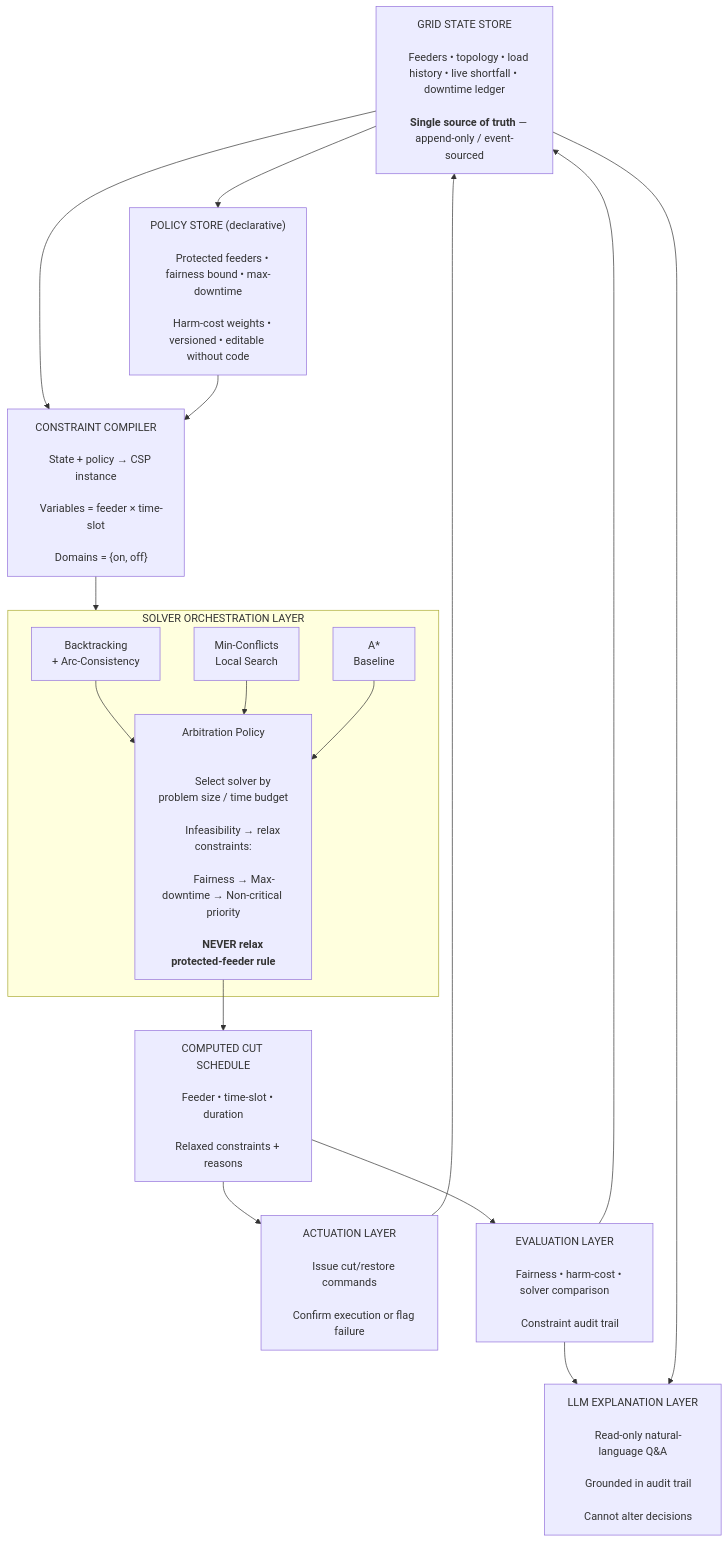
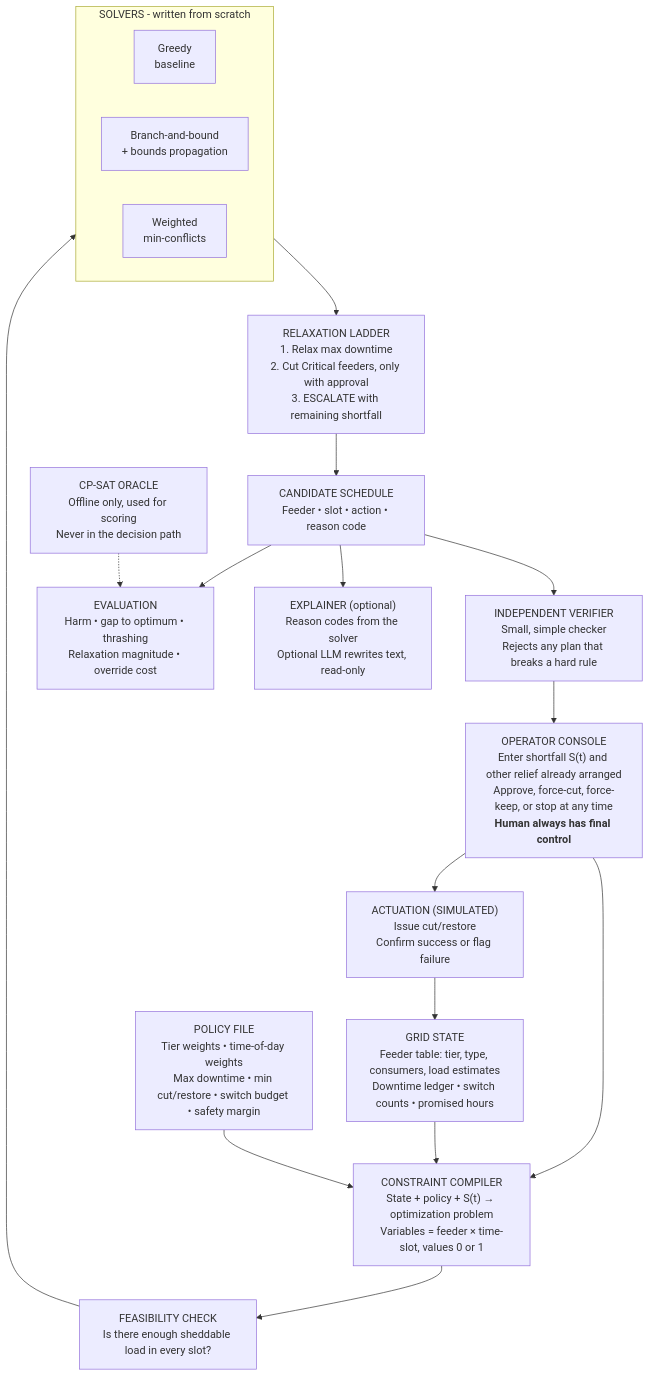
The diagram in project-plan/Project Proposal.md (realastronics/UrjaNiyam), drawn with Mermaid before and after one commit. The commit also changed other lines of this file, not shown here.

Commit message:
corrected severl things from the inital idea, included real world constraints

````diff
--- a/project-plan/Project Proposal.md
+++ b/project-plan/Project Proposal.md
@@ -57,62 +170,48 @@
 ```mermaid
 flowchart TD
 
-    GSS["GRID STATE STORE<br/>
-    Feeders • topology • load history • live shortfall • downtime ledger<br/>
-    <b>Single source of truth</b> — append-only / event-sourced"]
+    OP["OPERATOR CONSOLE<br/>Enter shortfall S(t) and other relief already arranged<br/>Approve, force-cut, force-keep, or stop at any time<br/><b>Human always has final control</b>"]
 
-    PS["POLICY STORE (declarative)<br/>
-    Protected feeders • fairness bound • max-downtime<br/>
-    Harm-cost weights • versioned • editable without code"]
+    GS["GRID STATE<br/>Feeder table: tier, type, consumers, load estimates<br/>Downtime ledger • switch counts • promised hours"]
 
-    CC["CONSTRAINT COMPILER<br/>
-    State + policy → CSP instance<br/>
-    Variables = feeder × time-slot<br/>
-    Domains = {on, off}"]
+    PL["POLICY FILE<br/>Tier weights • time-of-day weights<br/>Max downtime • min cut/restore • switch budget • safety margin"]
 
-    subgraph SOLVER["SOLVER ORCHESTRATION LAYER"]
-        BT["Backtracking<br/>+ Arc-Consistency"]
-        MC["Min-Conflicts<br/>Local Search"]
-        AST["A*<br/>Baseline"]
-        AP["Arbitration Policy<br/><br/>
-        Select solver by problem size / time budget<br/>
-        Infeasibility → relax constraints:<br/>
-        Fairness → Max-downtime → Non-critical priority<br/>
-        <b>NEVER relax protected-feeder rule</b>"]
+    CC["CONSTRAINT COMPILER<br/>State + policy + S(t) → optimization problem<br/>Variables = feeder × time-slot, values 0 or 1"]
 
-        BT --> AP
-        MC --> AP
-        AST --> AP
+    FC["FEASIBILITY CHECK<br/>Is there enough sheddable load in every slot?"]
+
+    subgraph SOLVERS["SOLVERS - written from scratch"]
+        G["Greedy<br/>baseline"]
+        BB["Branch-and-bound<br/>+ bounds propagation"]
+        MC["Weighted<br/>min-conflicts"]
     end
 
-    SCHED["COMPUTED CUT SCHEDULE<br/>
-    Feeder • time-slot • duration<br/>
-    Relaxed constraints + reasons"]
+    RL["RELAXATION LADDER<br/>1. Relax max downtime<br/>2. Cut Critical feeders, only with approval<br/>3. ESCALATE with remaining shortfall"]
 
-    ACT["ACTUATION LAYER<br/>
-    Issue cut/restore commands<br/>
-    Confirm execution or flag failure"]
+    CAND["CANDIDATE SCHEDULE<br/>Feeder • slot • action • reason code"]
 
-    EVAL["EVALUATION LAYER<br/>
-    Fairness • harm-cost • solver comparison<br/>
-    Constraint audit trail"]
+    VER["INDEPENDENT VERIFIER<br/>Small, simple checker<br/>Rejects any plan that breaks a hard rule"]
 
-    LLM["LLM EXPLANATION LAYER<br/>
-    Read-only natural-language Q&A<br/>
-    Grounded in audit trail<br/>
-    Cannot alter decisions"]
+    ACT["ACTUATION (SIMULATED)<br/>Issue cut/restore<br/>Confirm success or flag failure"]
 
-    GSS --> PS
-    GSS --> CC
-    PS --> CC
-    CC --> SOLVER
-    AP --> SCHED
-    SCHED --> ACT
-    SCHED --> EVAL
+    EV["EVALUATION<br/>Harm • gap to optimum • thrashing<br/>Relaxation magnitude • override cost"]
 
-    ACT --> GSS
-    EVAL --> GSS
+    OR["CP-SAT ORACLE<br/>Offline only, used for scoring<br/>Never in the decision path"]
 
-    EVAL --> LLM
-    GSS --> LLM
+    EXP["EXPLAINER (optional)<br/>Reason codes from the solver<br/>Optional LLM rewrites text, read-only"]
+
+    OP --> CC
+    GS --> CC
+    PL --> CC
+    CC --> FC
+    FC --> SOLVERS
+    SOLVERS --> RL
+    RL --> CAND
+    CAND --> VER
+    VER --> OP
+    OP --> ACT
+    ACT --> GS
+    CAND --> EV
+    OR -.-> EV
+    CAND --> EXP
 ```
````
